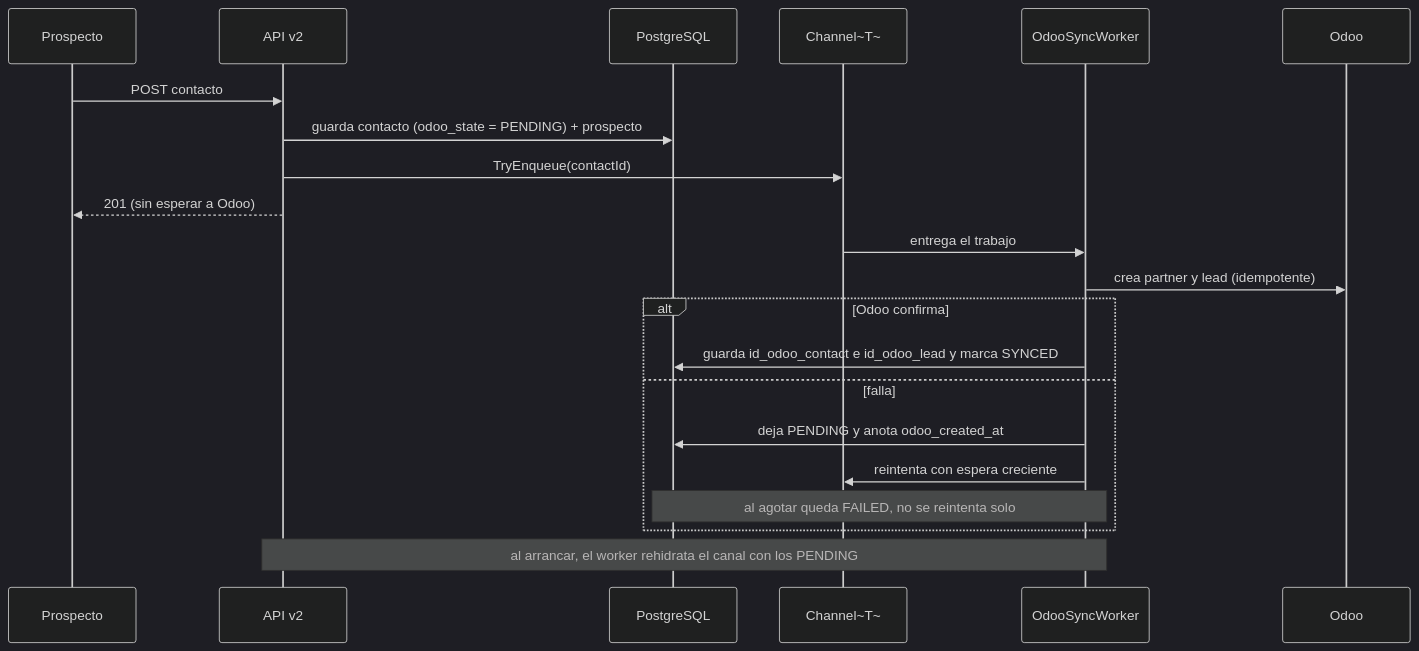
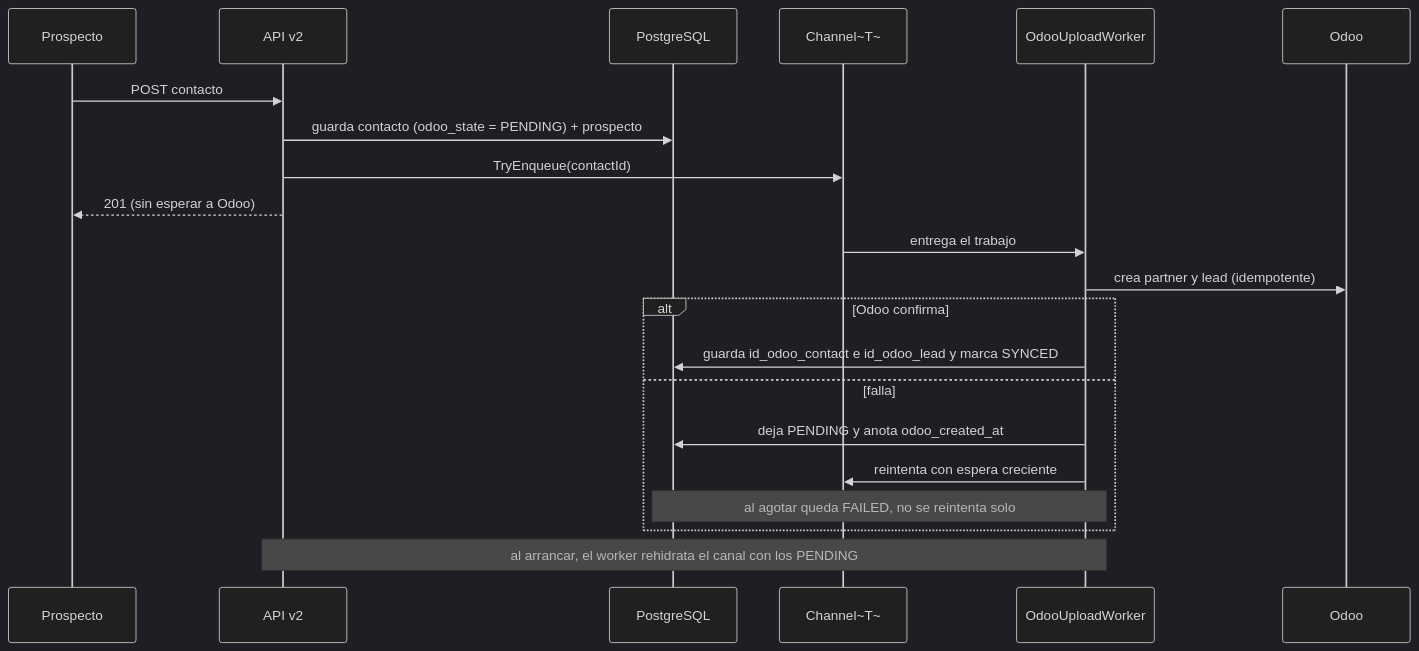
The third of 6 diagrams in Planes/nummex-backend-v2-plan.md (YefraSoft/obsidian-notes), drawn with Mermaid (dark theme) before and after one commit. The commit also changed other lines of this file and 3 other files, not shown here.

````diff
--- a/Planes/nummex-backend-v2-plan.md
+++ b/Planes/nummex-backend-v2-plan.md
@@ -274,23 +277,23 @@
 ```mermaid
 sequenceDiagram
     participant U as Prospecto
     participant API as API v2
     participant DB as PostgreSQL
     participant Q as Channel~T~
-    participant W as OdooSyncWorker
+    participant W as OdooUploadWorker
     participant O as Odoo
     U->>API: POST contacto
     API->>DB: guarda contacto (odoo_state = PENDING) + prospecto
     API->>Q: TryEnqueue(contactId)
     API-->>U: 201 (sin esperar a Odoo)
     Q->>W: entrega el trabajo
     W->>O: crea partner y lead (idempotente)
     alt Odoo confirma
         W->>DB: guarda id_odoo_contact e id_odoo_lead y marca SYNCED
     else falla
         W->>DB: deja PENDING y anota odoo_created_at
         W->>Q: reintenta con espera creciente
         Note over W,DB: al agotar queda FAILED, no se reintenta solo
     end
     Note over API,W: al arrancar, el worker rehidrata el canal con los PENDING
 ```
````
